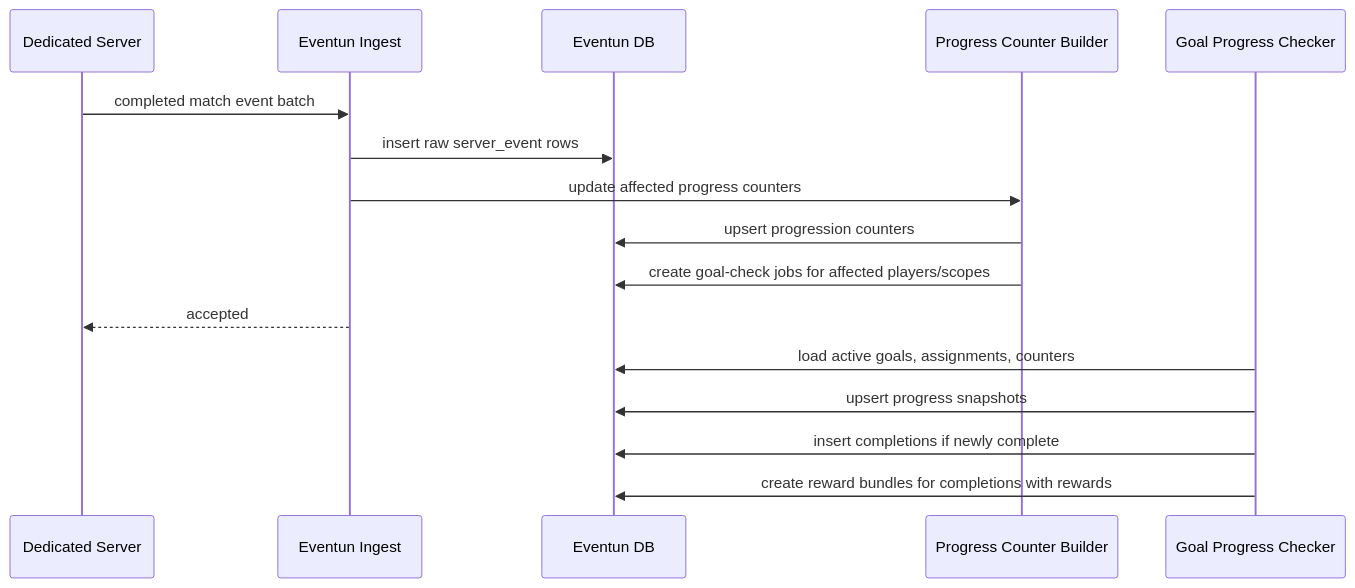
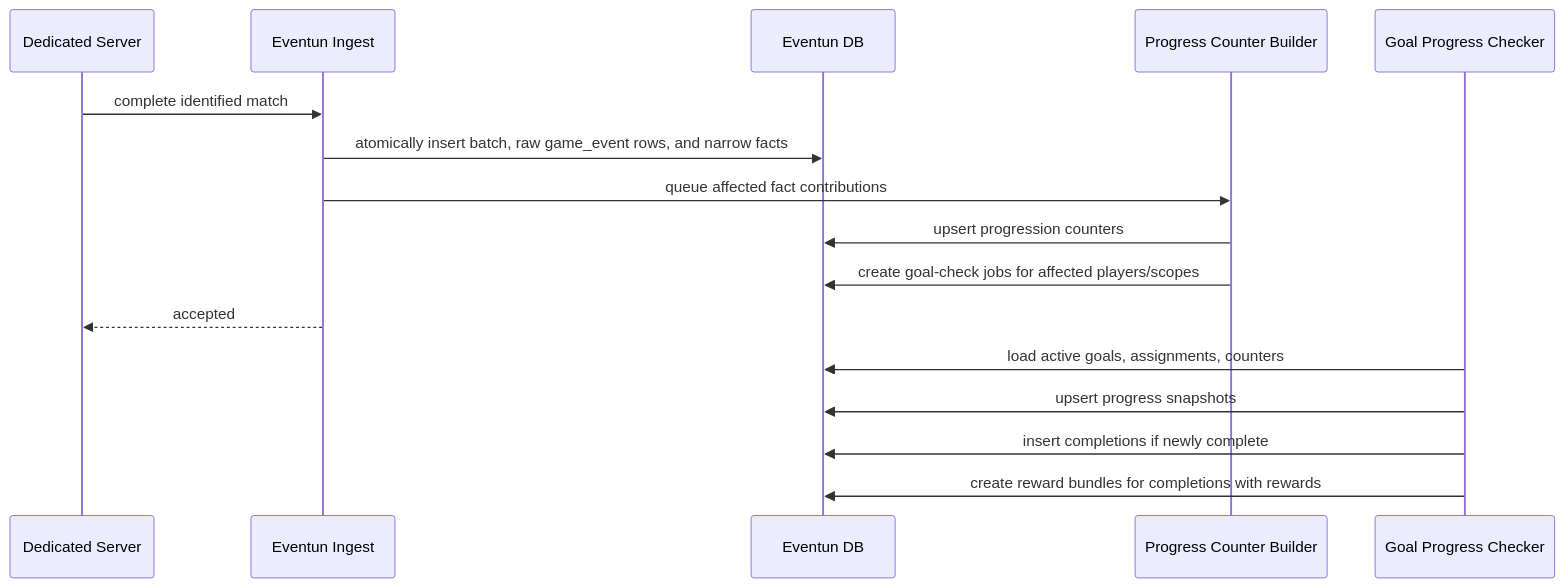
One commit to clifforous/knowledge-base changed the second of 3 diagrams in 30_designs/ascent-rivals/eventun-medals-progression-goals-challenges-rewards-solution-design.md. Above: the diagram before and after it, drawn with Mermaid. The commit also changed other lines of this file and 37 other files, not shown here.

````diff
--- a/30_designs/ascent-rivals/eventun-medals-progression-goals-challenges-rewards-solution-design.md
+++ b/30_designs/ascent-rivals/eventun-medals-progression-goals-challenges-rewards-solution-design.md
@@ -547,19 +547,19 @@
 ```mermaid
 sequenceDiagram
   participant DS as Dedicated Server
   participant Ingest as Eventun Ingest
   participant DB as Eventun DB
   participant CounterBuilder as Progress Counter Builder
   participant GoalChecker as Goal Progress Checker
 
-  DS->>Ingest: completed match event batch
-  Ingest->>DB: insert raw server_event rows
-  Ingest->>CounterBuilder: update affected progress counters
+  DS->>Ingest: complete identified match
+  Ingest->>DB: atomically insert batch, raw game_event rows, and narrow facts
+  Ingest->>CounterBuilder: queue affected fact contributions
   CounterBuilder->>DB: upsert progression counters
   CounterBuilder->>DB: create goal-check jobs for affected players/scopes
   Ingest-->>DS: accepted
   GoalChecker->>DB: load active goals, assignments, counters
   GoalChecker->>DB: upsert progress snapshots
   GoalChecker->>DB: insert completions if newly complete
   GoalChecker->>DB: create reward bundles for completions with rewards
 ```
````
